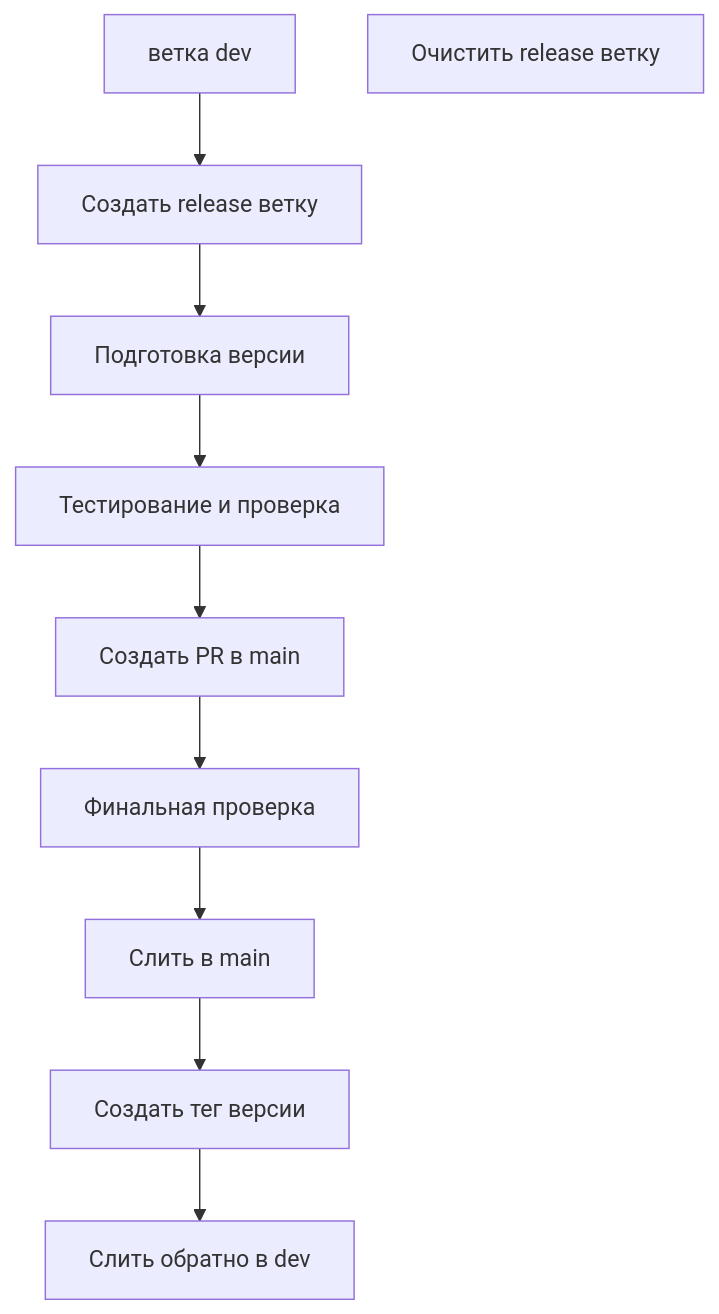
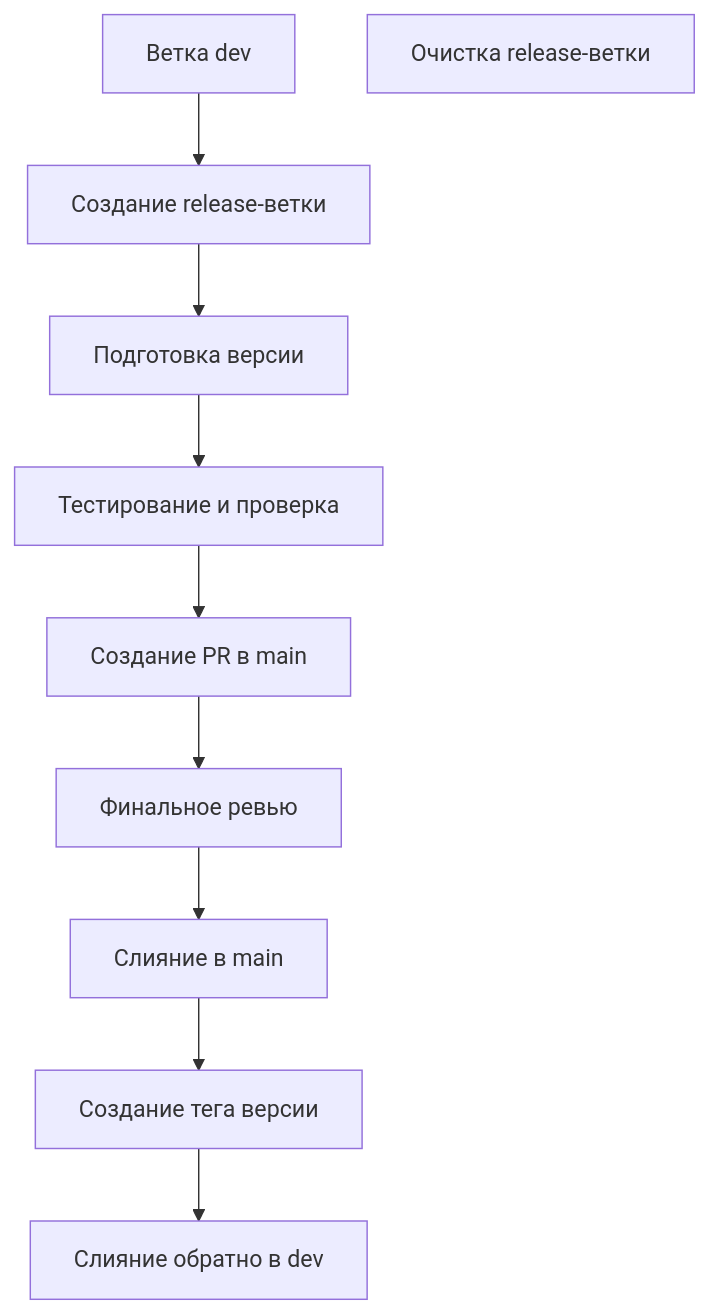
One commit to ChenXu233/YaoXiang changed the third of 3 diagrams in docs/src/ru/dev/branch-maintenance-guide.md. Above: the diagram before and after it, drawn with Mermaid. The commit also changed other lines of this file and 142 other files, not shown here.

````diff
--- a/docs/src/ru/dev/branch-maintenance-guide.md
+++ b/docs/src/ru/dev/branch-maintenance-guide.md
@@ -181,12 +182,12 @@
 ```mermaid
 graph TD
-    A[ветка dev] --> B[Создать release ветку]
+    A[Ветка dev] --> B[Создание release-ветки]
     B --> C[Подготовка версии]
     C --> D[Тестирование и проверка]
-    D --> E[Создать PR в main]
-    E --> F[Финальная проверка]
-    F --> G[Слить в main]
-    G --> H[Создать тег версии]
-    H --> I[Слить обратно в dev]
-    J[Очистить release ветку]
+    D --> E[Создание PR в main]
+    E --> F[Финальное ревью]
+    F --> G[Слияние в main]
+    G --> H[Создание тега версии]
+    H --> I[Слияние обратно в dev]
+    J[Очистка release-ветки]
 ```
````
